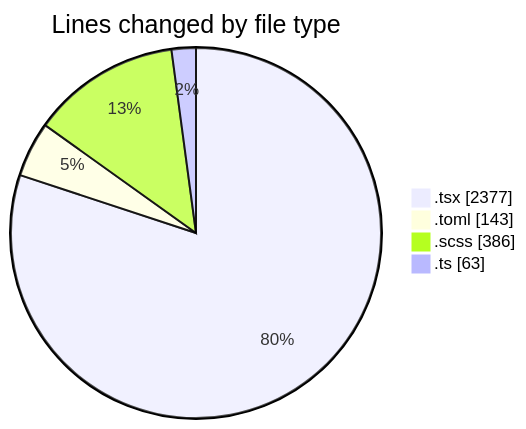
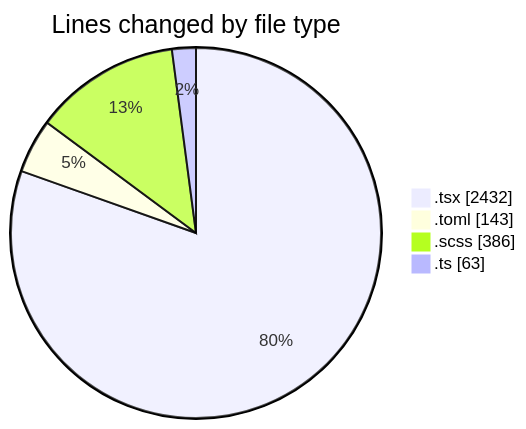
One commit to momahboobian/code-tracking changed the first of 2 diagrams in 2026-11-02/cda/README.md. Above: the diagram before and after it, drawn with Mermaid. The commit also changed other lines of this file and 1 other file, not shown here.

````diff
--- a/2026-11-02/cda/README.md
+++ b/2026-11-02/cda/README.md
@@ -34,8 +35,8 @@
 ```mermaid
 pie showData
 title Lines changed by file type
-".tsx" : 2377
+".tsx" : 2432
 ".toml" : 143
 ".scss" : 386
 ".ts" : 63
 ```
````
